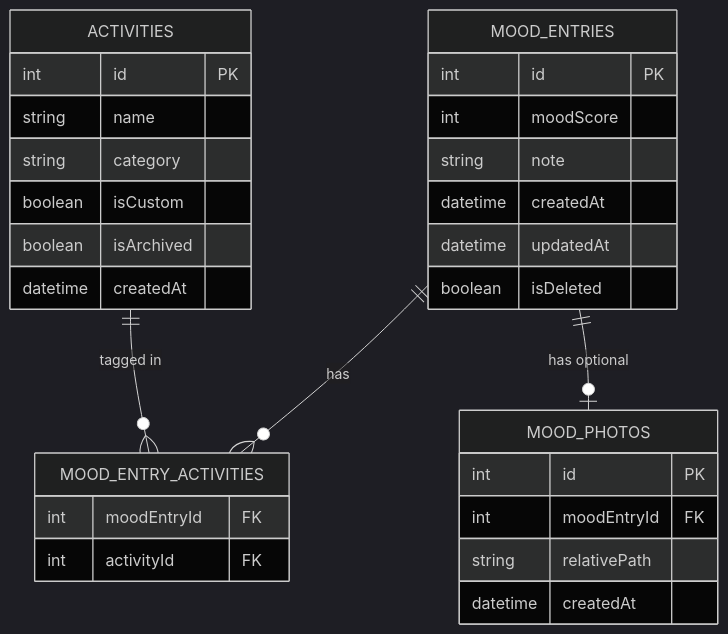
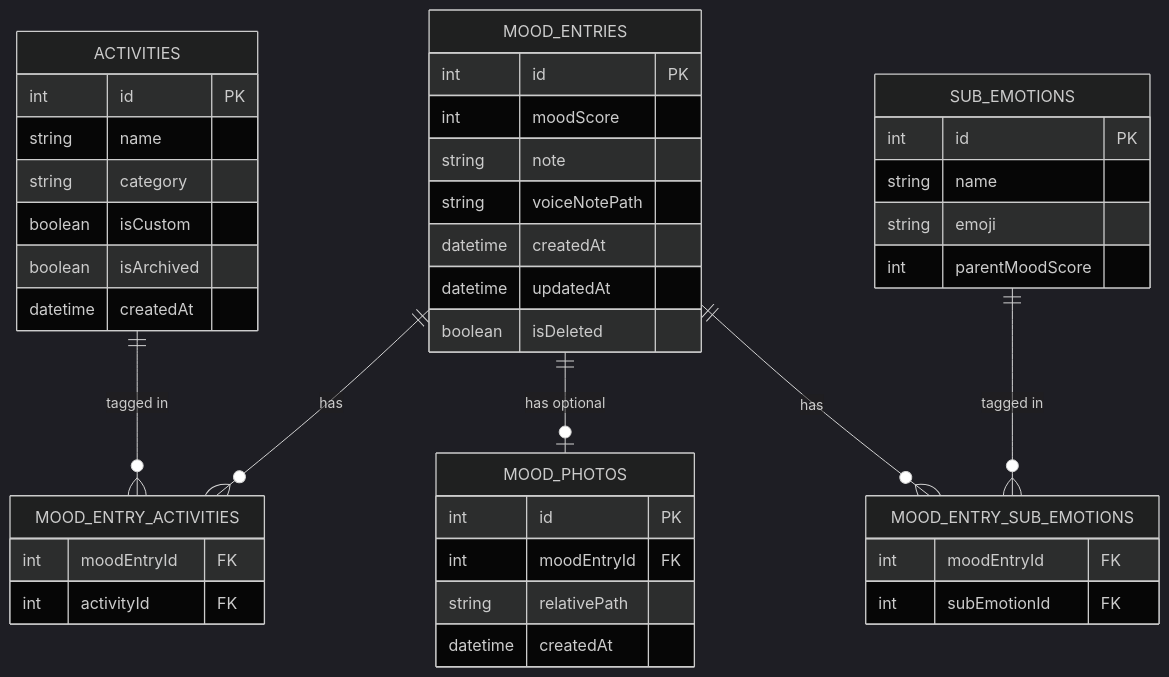
One commit to lehieu2003/Daily-Mood changed the diagram in data_model.md. Above: the diagram before and after it, drawn with Mermaid (dark theme). The commit also changed other lines of this file and 40 other files, not shown here.

````diff
--- a/data_model.md
+++ b/data_model.md
@@ -12,36 +12,51 @@
 ```mermaid
 erDiagram
     MOOD_ENTRIES ||--o{ MOOD_ENTRY_ACTIVITIES : "has"
     ACTIVITIES ||--o{ MOOD_ENTRY_ACTIVITIES : "tagged in"
     MOOD_ENTRIES ||--o| MOOD_PHOTOS : "has optional"
+    MOOD_ENTRIES ||--o{ MOOD_ENTRY_SUB_EMOTIONS : "has"
+    SUB_EMOTIONS ||--o{ MOOD_ENTRY_SUB_EMOTIONS : "tagged in"
 
     MOOD_ENTRIES {
         int id PK
         int moodScore
         string note
+        string voiceNotePath
         datetime createdAt
         datetime updatedAt
         boolean isDeleted
+    }
+
+    SUB_EMOTIONS {
+        int id PK
+        string name
+        string emoji
+        int parentMoodScore
+    }
+
+    MOOD_ENTRY_SUB_EMOTIONS {
+        int moodEntryId FK
+        int subEmotionId FK
     }
 
     ACTIVITIES {
         int id PK
         string name
         string category
         boolean isCustom
         boolean isArchived
         datetime createdAt
     }
 
     MOOD_ENTRY_ACTIVITIES {
         int moodEntryId FK
         int activityId FK
     }
 
     MOOD_PHOTOS {
         int id PK
         int moodEntryId FK
         string relativePath
         datetime createdAt
     }
 ```
````
